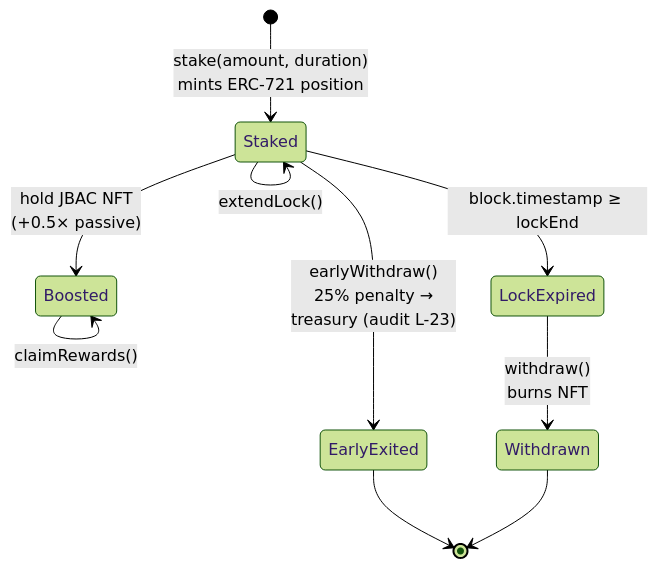
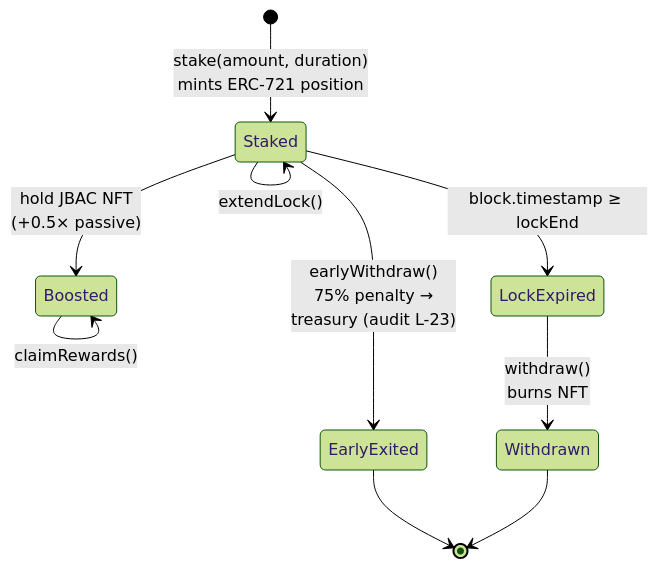
One commit to fomotsar-commits/tegridy-farms changed the third of 8 diagrams in docs/ARCHITECTURE.md. Above: the diagram before and after it, drawn with Mermaid (forest theme). The commit also changed other lines of this file and 44 other files, not shown here.

````diff
--- a/docs/ARCHITECTURE.md
+++ b/docs/ARCHITECTURE.md
@@ -162,14 +162,14 @@
 ```mermaid
 stateDiagram-v2
     [*] --> Staked : stake(amount, duration)<br/>mints ERC-721 position
     Staked --> Boosted : hold JBAC NFT<br/>(+0.5× passive)
     Staked --> LockExpired : block.timestamp ≥ lockEnd
-    Staked --> EarlyExited : earlyWithdraw()<br/>25% penalty →<br/>treasury (audit L-23)
+    Staked --> EarlyExited : earlyWithdraw()<br/>75% penalty →<br/>treasury (audit L-23)
     LockExpired --> Withdrawn : withdraw()<br/>burns NFT
     EarlyExited --> [*]
     Withdrawn --> [*]
 
     Staked --> Staked : claimRewards()
     Staked --> Staked : extendLock()
     Boosted --> Boosted : claimRewards()
 ```
````
